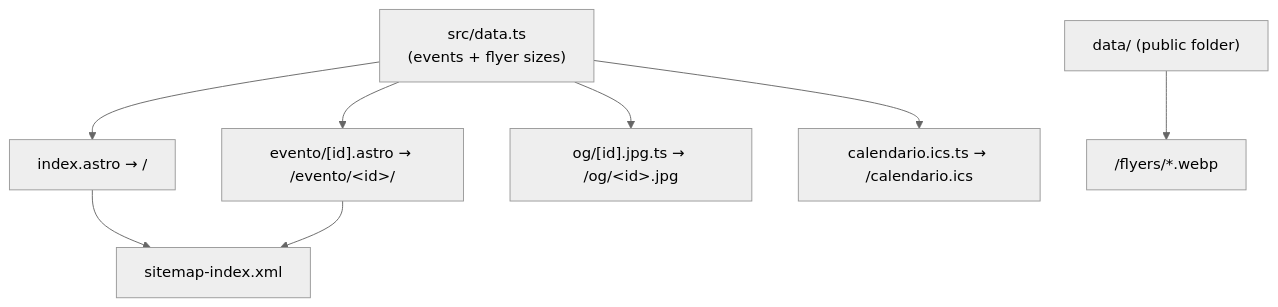
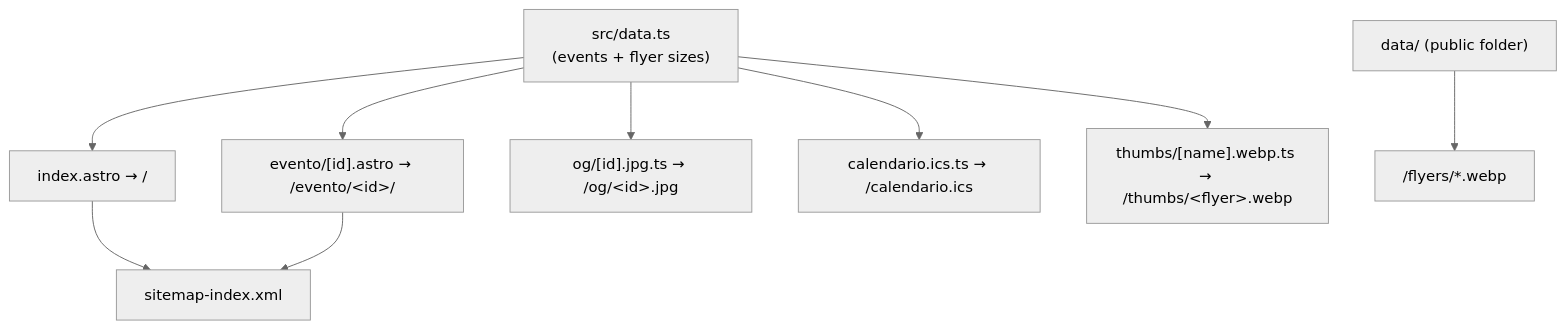
One commit to pa-bailar/pa-bailar.github.io changed the fourth of 7 diagrams in docs/ARCHITECTURE.md. Above: the diagram before and after it, drawn with Mermaid (neutral theme). The commit also changed other lines of this file and 3 other files, not shown here.

````diff
--- a/docs/ARCHITECTURE.md
+++ b/docs/ARCHITECTURE.md
@@ -165,10 +166,11 @@
 ```mermaid
 flowchart TD
     D["src/data.ts<br/>(events + flyer sizes)"] --> IDX["index.astro → /"]
     D --> EVT["evento/[id].astro → /evento/&lt;id&gt;/"]
     D --> OG["og/[id].jpg.ts → /og/&lt;id&gt;.jpg"]
     D --> ICS["calendario.ics.ts → /calendario.ics"]
+    D --> TH["thumbs/[name].webp.ts → /thumbs/&lt;flyer&gt;.webp"]
     IDX --> SM["sitemap-index.xml"]
     EVT --> SM
     PUB["data/ (public folder)"] --> FLY["/flyers/*.webp"]
 ```
````
